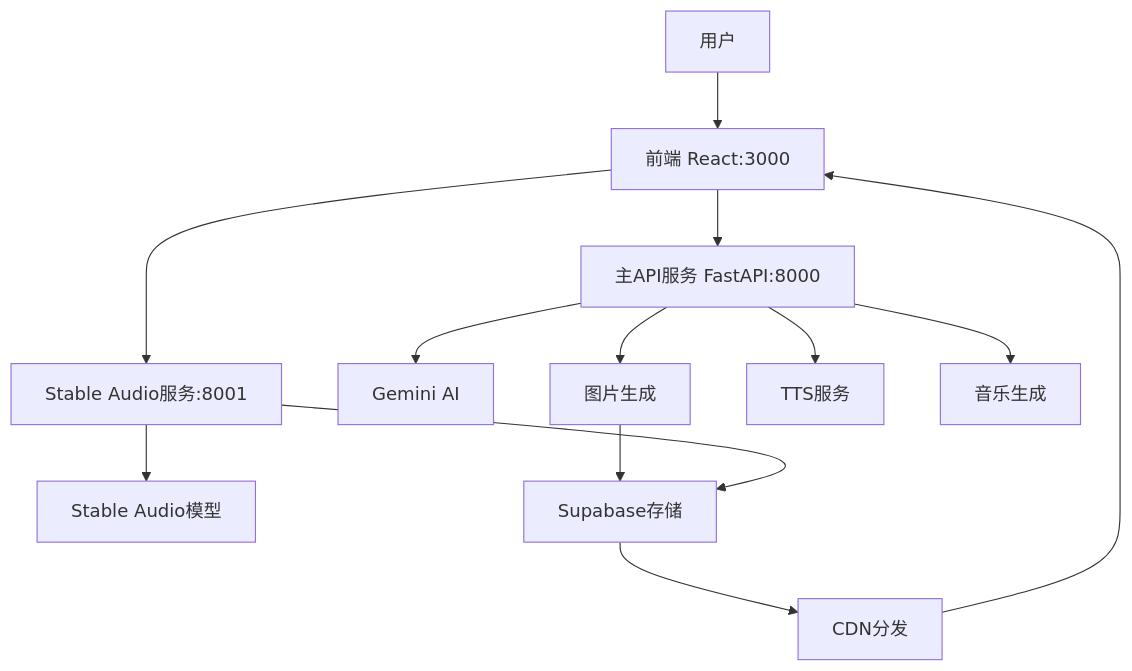
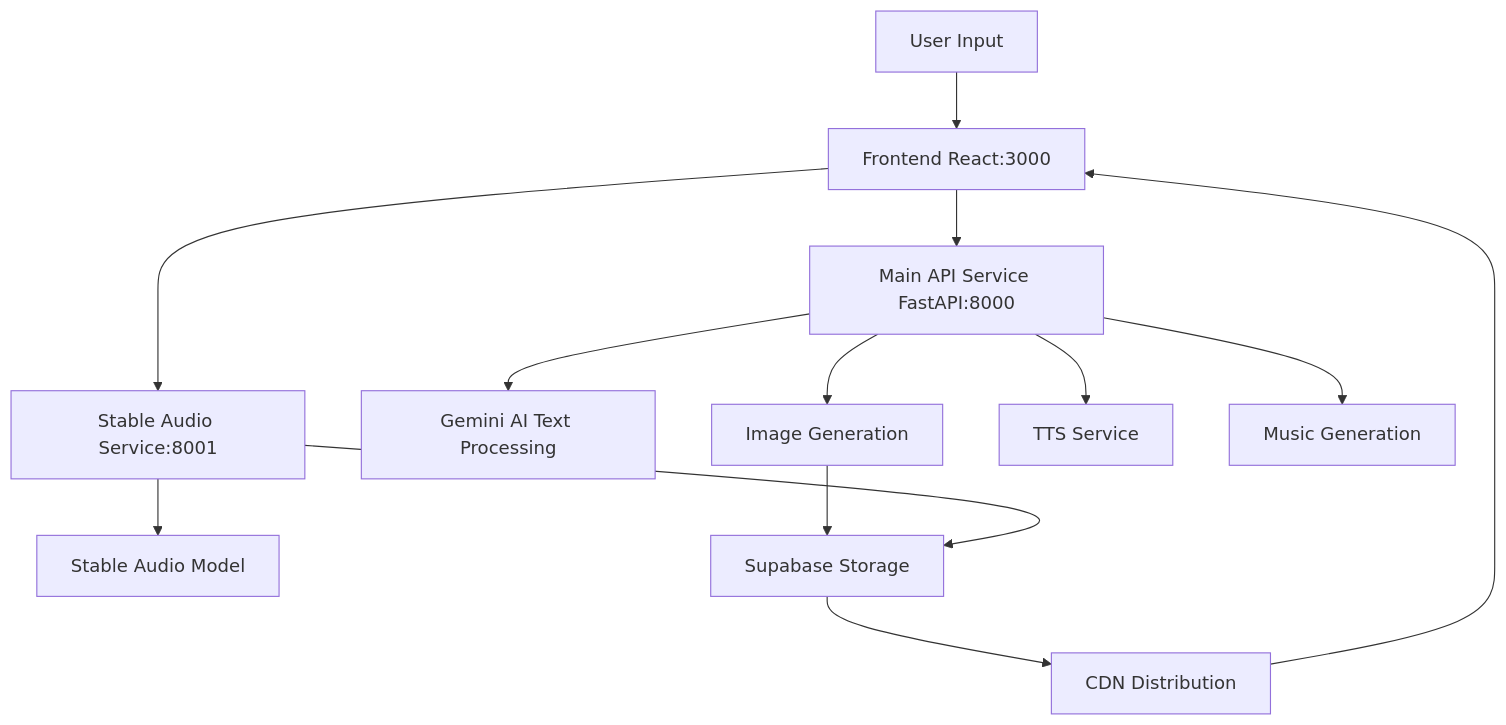
The diagram in README.md (yaxuanm/Nightingale), drawn with Mermaid before and after one commit. The commit also changed other lines of this file, not shown here.

Commit message:
Update README with PRD content and fix architecture to match actual code - remove Docker references

````diff
--- a/README.md
+++ b/README.md
@@ -76,15 +76,15 @@
 ```mermaid
 graph TD
-    A[用户] --> B[前端 React:3000]
-    B --> C[主API服务 FastAPI:8000]
-    B --> D[Stable Audio服务:8001]
-    C --> E[Gemini AI]
-    C --> F[图片生成]
-    C --> G[TTS服务]
-    C --> H[音乐生成]
-    D --> I[Stable Audio模型]
-    F --> J[Supabase存储]
+    A[User Input] --> B[Frontend React:3000]
+    B --> C[Main API Service FastAPI:8000]
+    B --> D[Stable Audio Service:8001]
+    C --> E[Gemini AI Text Processing]
+    C --> F[Image Generation]
+    C --> G[TTS Service]
+    C --> H[Music Generation]
+    D --> I[Stable Audio Model]
+    F --> J[Supabase Storage]
     D --> J
-    J --> K[CDN分发]
+    J --> K[CDN Distribution]
     K --> B
 ```
````
